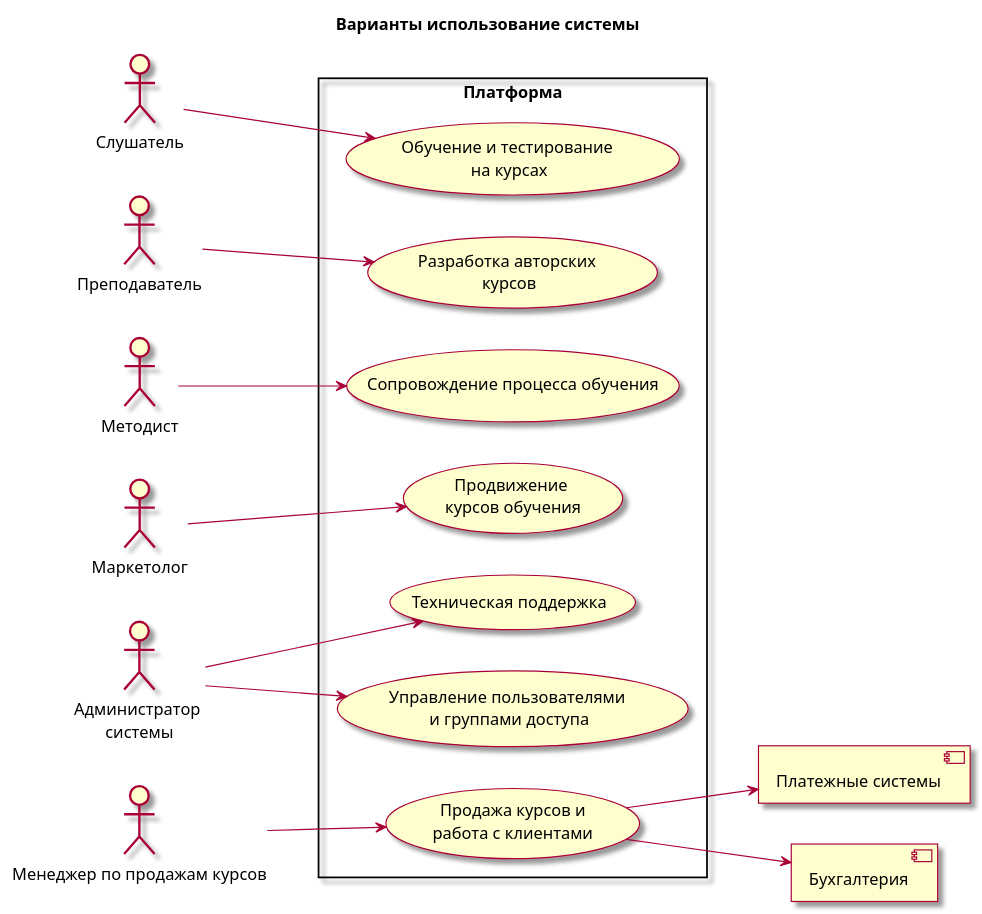
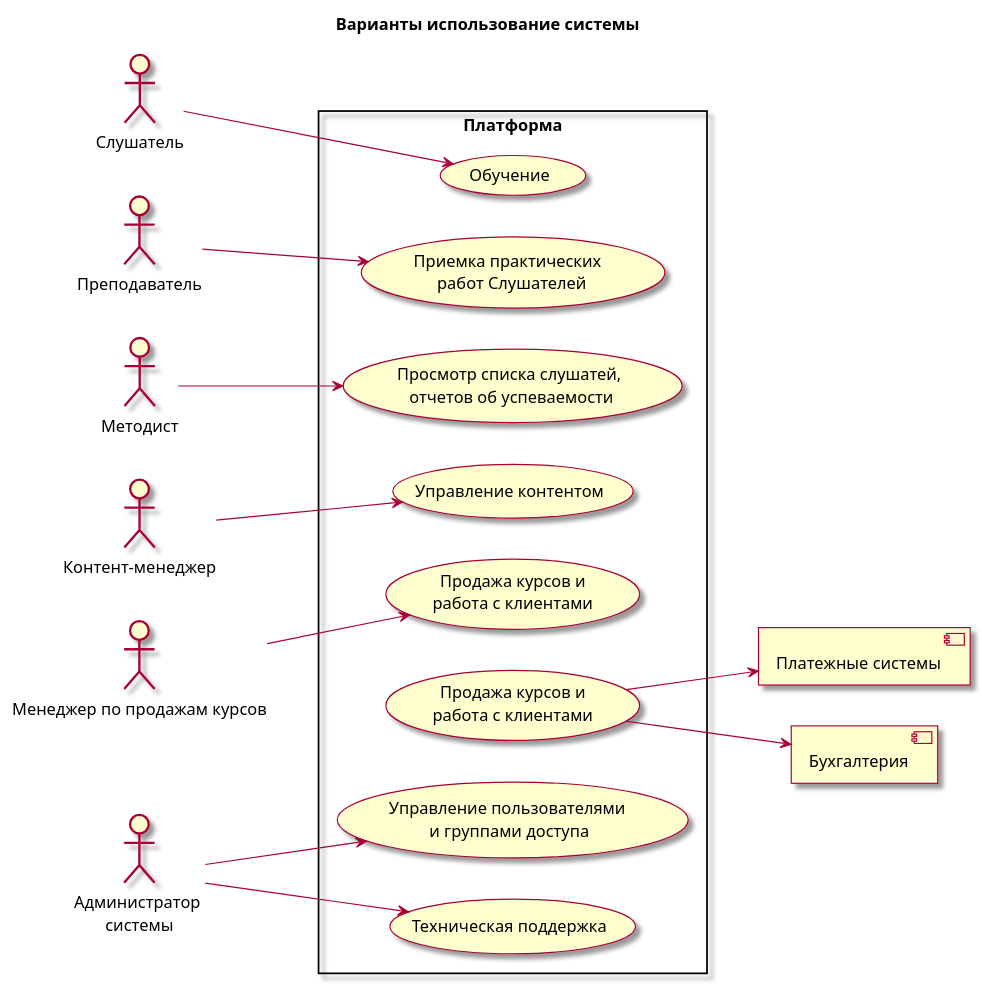
One commit to PortnovAlex80/node_js_pro changed the diagram in api-warehouse/diagrams/mediusecase.iuml. Above: the diagram before and after it, drawn with PlantUML.

```diff
--- a/api-warehouse/diagrams/mediusecase.iuml
+++ b/api-warehouse/diagrams/mediusecase.iuml
@@ -1,44 +1,46 @@
 @startuml
 skin rose
 left to right direction
 
 title Варианты использование системы 
 
 :Слушатель: as STUDENT
 :Преподаватель: as LECTOR
 :Методист: as METOD
-:Маркетолог: as MARKET
+:Контент-менеджер: as CONTMGR
+:Менеджер по продажам курсов: as MGR
 :Администратор \nсистемы: as ADMIN
-:Менеджер по продажам курсов: as MGR
 
 [Платежные системы] as Payments
 [Бухгалтерия] as Commercia
 
 rectangle  :Платформа: {
-usecase (Обучение и тестирование \nна курсах) as UC2
-usecase (Разработка авторских \nкурсов) as UC3
 
-usecase (Сопровождение процесса обучения) as UC4
+usecase (Обучение) as UC1
+usecase (Приемка практических \n работ Слушателей) as UC2
+usecase (Просмотр списка слушатей,\n отчетов об успеваемости) as UC3
 
-usecase (Продвижение \nкурсов обучения) as UC5
+usecase (Управление контентом) as UC4
+
+usecase (Продажа курсов и\nработа с клиентами) as UC5
+
 usecase (Продажа курсов и\nработа с клиентами) as UC6
+
 
 usecase (Управление пользователями \nи группами доступа) as UC7
 usecase (Техническая поддержка) as UC8
 }
 
+STUDENT --> UC1
+LECTOR --> UC2
+METOD--> UC3
+CONTMGR--> UC4
+MGR --> UC5
 
-STUDENT --> UC2
-LECTOR --> UC3
-
-METOD--> UC4
-MARKET--> UC5
-
-MGR --> UC6
 UC6 --> Payments
 UC6 --> Commercia
 
 ADMIN --> UC7
 ADMIN --> UC8
 
 @enduml
```
